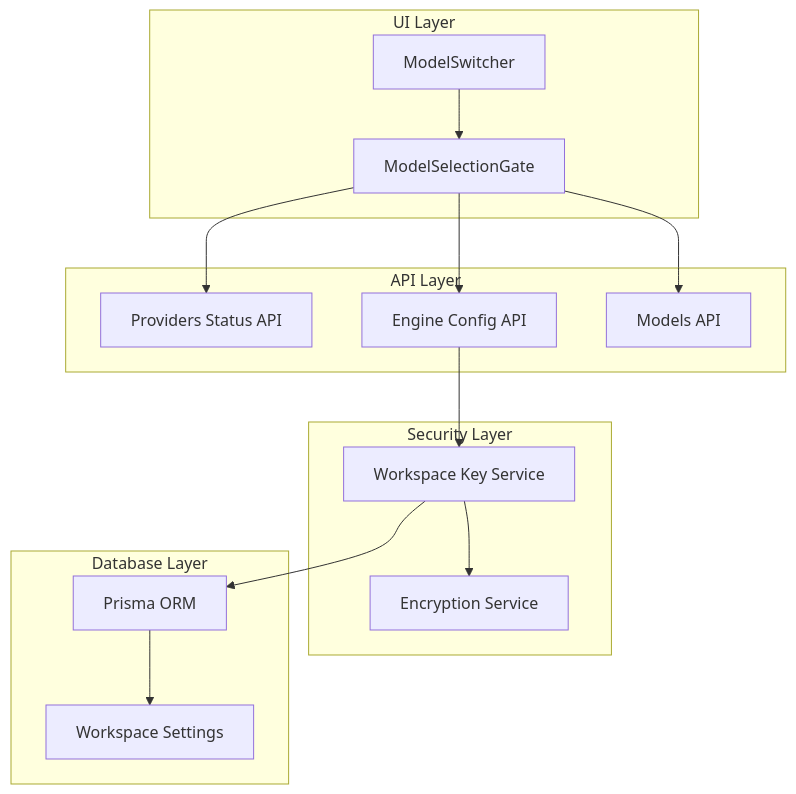
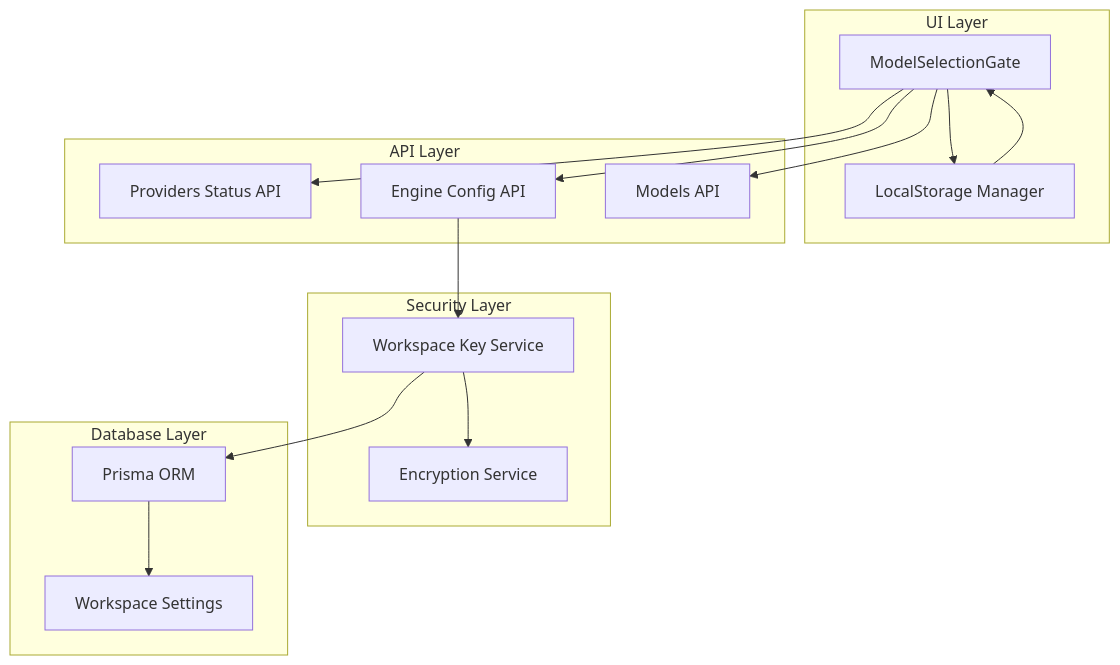
The first of 5 diagrams in .qoder/repowiki/en/content/Model Selection Gate.md (shekhargiri005-dotcom/AI-powered-accessibility-first-UI-engine), drawn with Mermaid before and after one commit. The commit also changed other lines of this file and 22 other files, not shown here.

````diff
--- a/.qoder/repowiki/en/content/Model Selection Gate.md
+++ b/.qoder/repowiki/en/content/Model Selection Gate.md
@@ -36,28 +44,29 @@
 ```mermaid
 graph TB
 subgraph "UI Layer"
 MSG[ModelSelectionGate]
-MSW[ModelSwitcher]
+LS[LocalStorage Manager]
 end
 subgraph "API Layer"
 PS[Providers Status API]
 EC[Engine Config API]
 ML[Models API]
 end
 subgraph "Security Layer"
 WKS[Workspace Key Service]
 ENC[Encryption Service]
 end
 subgraph "Database Layer"
 PRISMA[Prisma ORM]
 WS[Workspace Settings]
 end
 MSG --> PS
 MSG --> EC
 MSG --> ML
+MSG --> LS
 EC --> WKS
 WKS --> ENC
 WKS --> PRISMA
 PRISMA --> WS
-MSW --> MSG
+LS --> MSG
 ```
````
